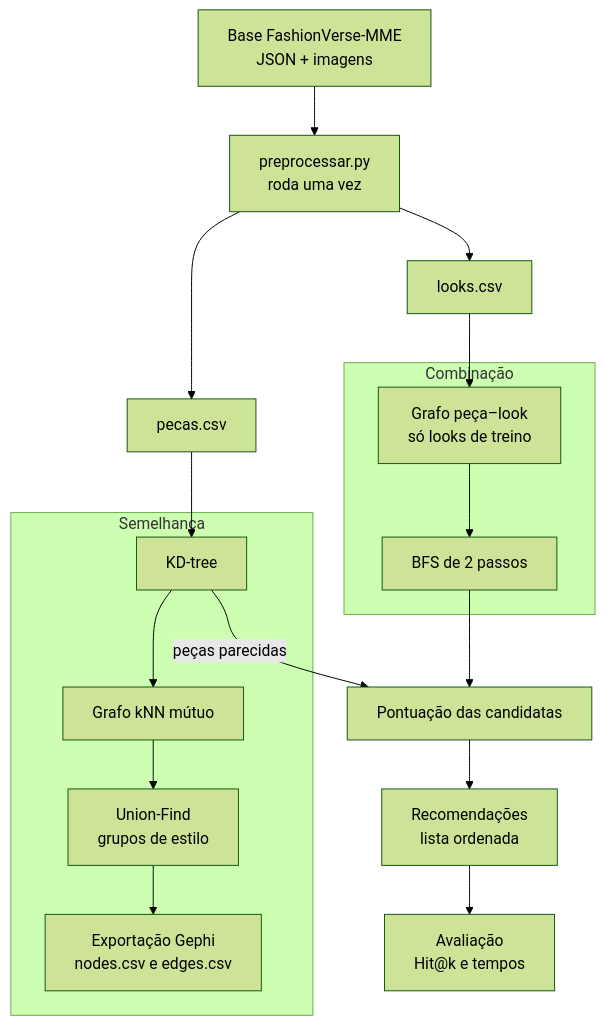
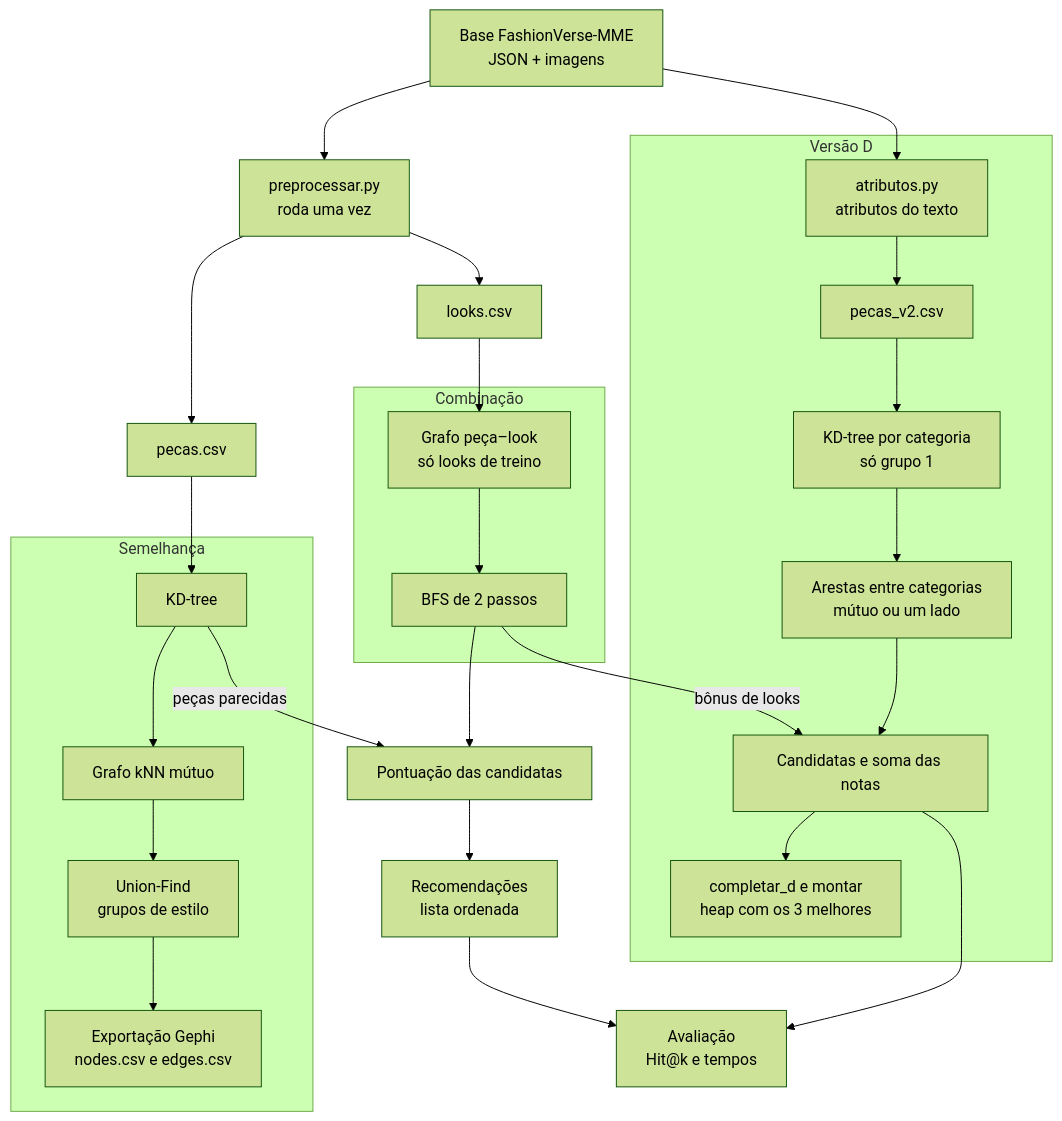
Before and after one commit to mariaeduarda-ab/recomendador--roupas-arvores-grafos: the diagram in docs/ARQUITETURA.md, drawn with Mermaid (forest theme). The commit also changed other lines of this file and 1 other file, not shown here.

Commit message:
Explica a versao D e atualiza a arquitetura

````diff
--- a/docs/ARQUITETURA.md
+++ b/docs/ARQUITETURA.md
@@ -34,23 +34,35 @@
 ```mermaid
 flowchart TD
     A["Base FashionVerse-MME<br/>JSON + imagens"] --> B["preprocessar.py<br/>roda uma vez"]
     B --> C["pecas.csv"]
     B --> D["looks.csv"]
 
     subgraph S["Semelhança"]
         E["KD-tree"] --> F["Grafo kNN mútuo"]
         F --> G["Union-Find<br/>grupos de estilo"]
         G --> H["Exportação Gephi<br/>nodes.csv e edges.csv"]
     end
 
     subgraph K["Combinação"]
         I["Grafo peça–look<br/>só looks de treino"] --> J["BFS de 2 passos"]
     end
 
     C --> E
     D --> I
     E -- "peças parecidas" --> L["Pontuação das candidatas"]
     J --> L
     L --> M["Recomendações<br/>lista ordenada"]
     M --> N["Avaliação<br/>Hit@k e tempos"]
+
+    subgraph V["Versão D"]
+        O["atributos.py<br/>atributos do texto"] --> P["pecas_v2.csv"]
+        P --> Q["KD-tree por categoria<br/>só grupo 1"]
+        Q --> R["Arestas entre categorias<br/>mútuo ou um lado"]
+        R --> T["Candidatas e soma das notas"]
+        T --> U["completar_d e montar<br/>heap com os 3 melhores"]
+    end
+
+    A --> O
+    J -- "bônus de looks" --> T
+    T --> N
 ```
````
